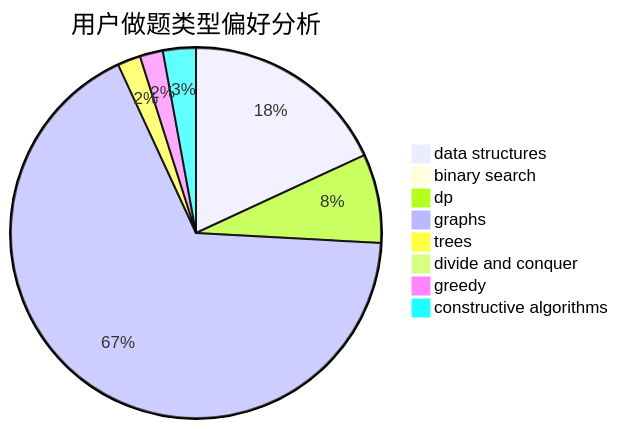
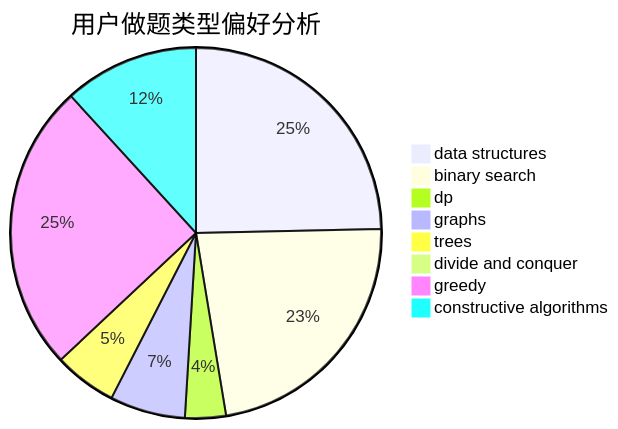
Before and after one commit to sherpahu/cfrs.github.io: the second of 3 diagrams in docs/user/u631.md, drawn with Mermaid. The commit also changed other lines of this file and 2770 other files, not shown here.

````diff
--- a/docs/user/u631.md
+++ b/docs/user/u631.md
@@ -23,11 +23,11 @@
 ```mermaid
 pie title 用户做题类型偏好分析
-    "data structures" :  63
-    "binary search" :  3
-    "dp" :  27
-    "graphs" :  234
-    "trees" :  7
+    "data structures" :  90
+    "binary search" :  83
+    "dp" :  13
+    "graphs" :  24
+    "trees" :  20
     "divide and conquer" :  0
-    "greedy" :  7
-    "constructive algorithms" :  10
+    "greedy" :  92
+    "constructive algorithms" :  43
 ```
````
